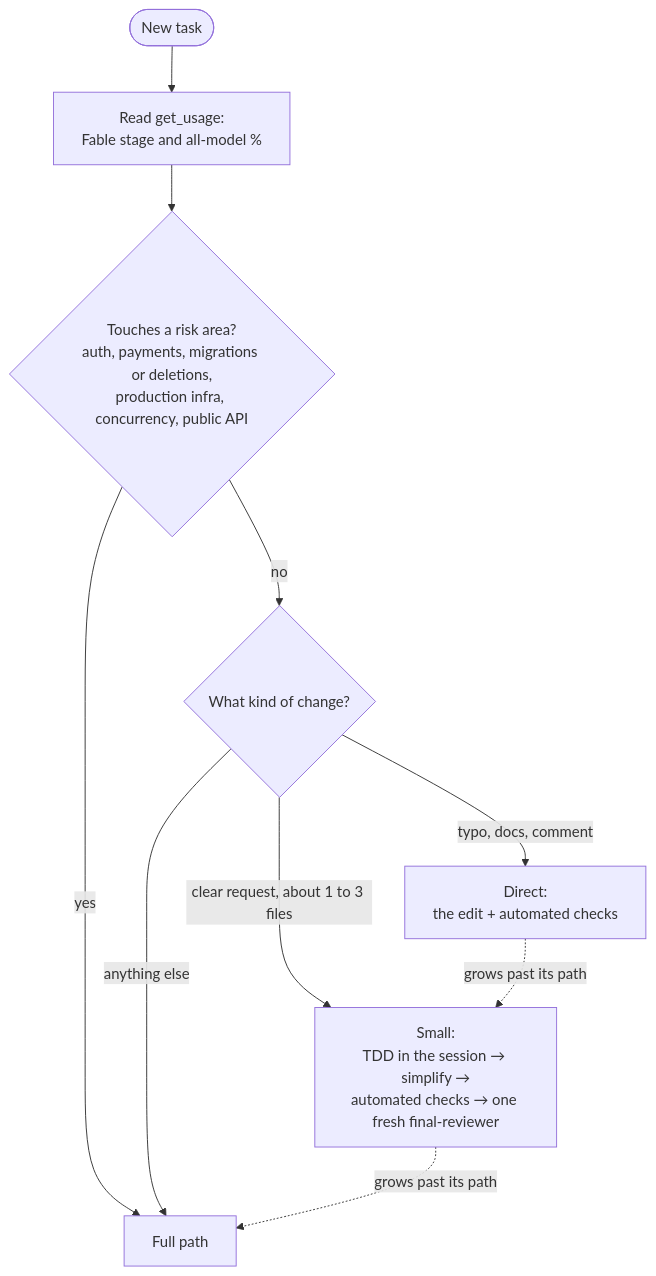
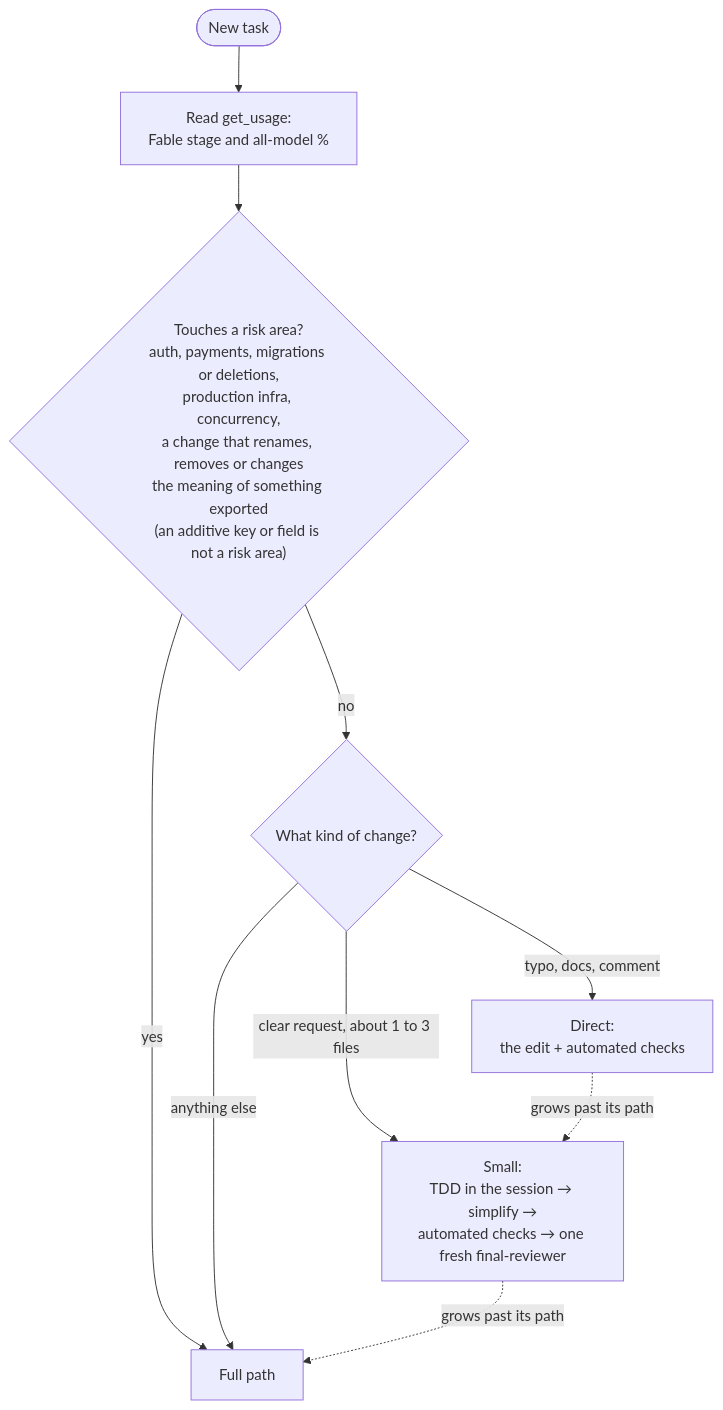
Before and after one commit to shoklah/claude-workflow-template: the first of 4 diagrams in README.md, drawn with Mermaid. The commit also changed other lines of this file and 6 other files, not shown here.

````diff
--- a/README.md
+++ b/README.md
@@ -22,12 +22,12 @@
 ```mermaid
 flowchart TD
     T([New task]) --> U["Read get_usage:<br/>Fable stage and all-model %"]
-    U --> R{"Touches a risk area?<br/>auth, payments, migrations or deletions,<br/>production infra, concurrency, public API"}
+    U --> R{"Touches a risk area?<br/>auth, payments, migrations or deletions,<br/>production infra, concurrency,<br/>a change that renames, removes or changes<br/>the meaning of something exported<br/>(an additive key or field is not a risk area)"}
     R -- yes --> F[Full path]
     R -- no --> K{What kind of change?}
     K -- "typo, docs, comment" --> D["Direct:<br/>the edit + automated checks"]
     K -- "clear request, about 1 to 3 files" --> S["Small:<br/>TDD in the session → simplify →<br/>automated checks → one fresh final-reviewer"]
     K -- "anything else" --> F
     S -. "grows past its path" .-> F
     D -. "grows past its path" .-> S
 ```
````
